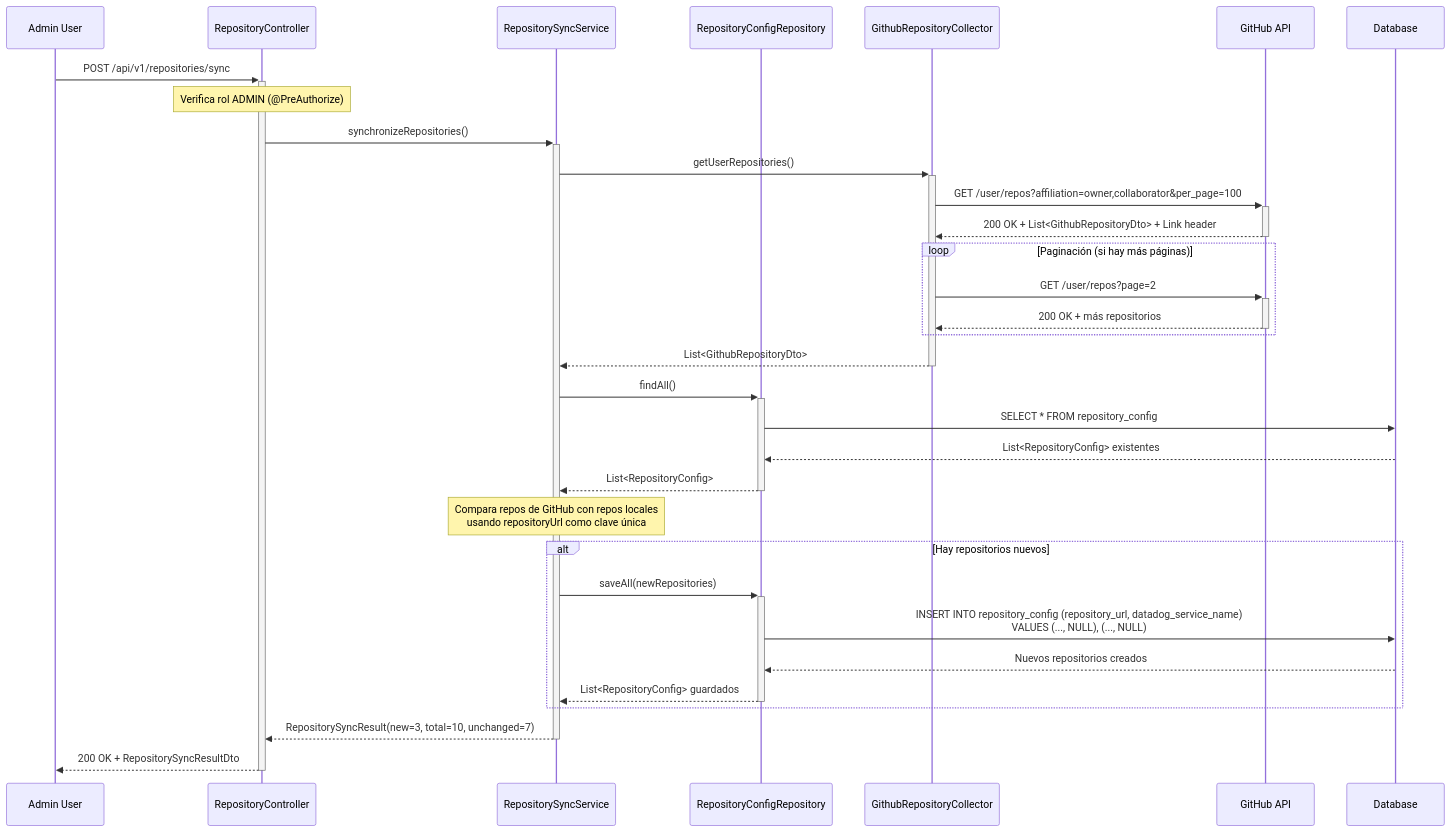
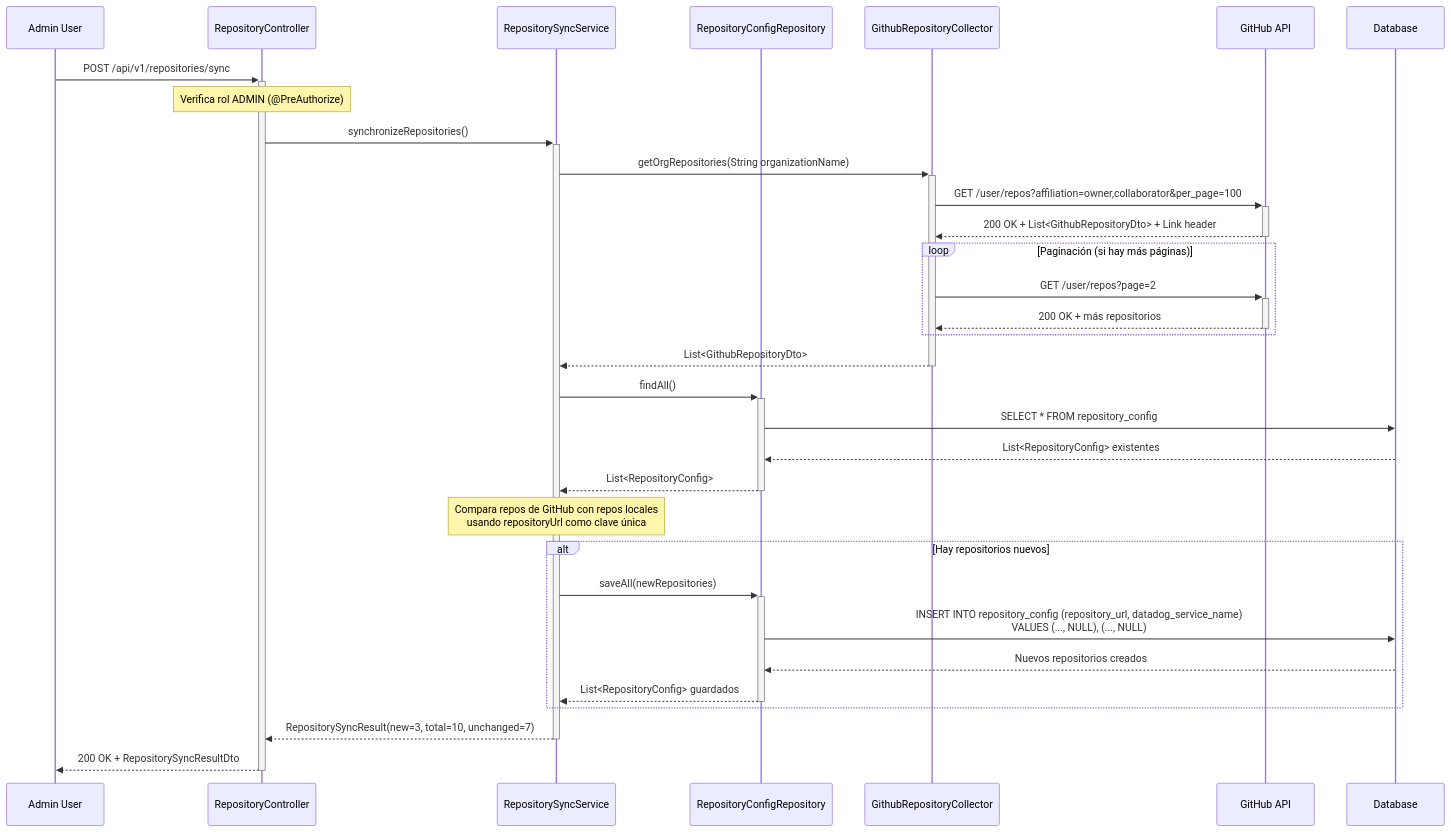
Before and after one commit to tesis-bachiller-edson-chavez/tesis_bachiller_backend_multimodular: diagram 40 of 43 in documentation/design.md, drawn with Mermaid. The commit also changed other lines of this file and 20 other files, not shown here.

````diff
--- a/documentation/design.md
+++ b/documentation/design.md
@@ -2632,43 +2632,43 @@
 ```mermaid
 sequenceDiagram
     participant Admin as Admin User
     participant Controller as RepositoryController
     participant Service as RepositorySyncService
     participant RepoRepo as RepositoryConfigRepository
     participant GithubCollector as GithubRepositoryCollector
     participant GithubAPI as GitHub API
     participant DB as Database
 
     Admin->>+Controller: POST /api/v1/repositories/sync
     Note over Controller: Verifica rol ADMIN (@PreAuthorize)
 
     Controller->>+Service: synchronizeRepositories()
 
-    Service->>+GithubCollector: getUserRepositories()
+    Service->>+GithubCollector: getOrgRepositories(String organizationName)
     GithubCollector->>+GithubAPI: GET /user/repos?affiliation=owner,collaborator&per_page=100
     GithubAPI-->>-GithubCollector: 200 OK + List<GithubRepositoryDto> + Link header
 
     loop Paginación (si hay más páginas)
         GithubCollector->>+GithubAPI: GET /user/repos?page=2
         GithubAPI-->>-GithubCollector: 200 OK + más repositorios
     end
 
     GithubCollector-->>-Service: List<GithubRepositoryDto>
 
     Service->>+RepoRepo: findAll()
     RepoRepo->>DB: SELECT * FROM repository_config
     DB-->>RepoRepo: List<RepositoryConfig> existentes
     RepoRepo-->>-Service: List<RepositoryConfig>
 
     Note over Service: Compara repos de GitHub con repos locales<br/>usando repositoryUrl como clave única
 
     alt Hay repositorios nuevos
         Service->>+RepoRepo: saveAll(newRepositories)
         RepoRepo->>DB: INSERT INTO repository_config (repository_url, datadog_service_name)<br/>VALUES (..., NULL), (..., NULL)
         DB-->>RepoRepo: Nuevos repositorios creados
         RepoRepo-->>-Service: List<RepositoryConfig> guardados
     end
 
     Service-->>-Controller: RepositorySyncResult(new=3, total=10, unchanged=7)
     Controller-->>-Admin: 200 OK + RepositorySyncResultDto
 ```
````
